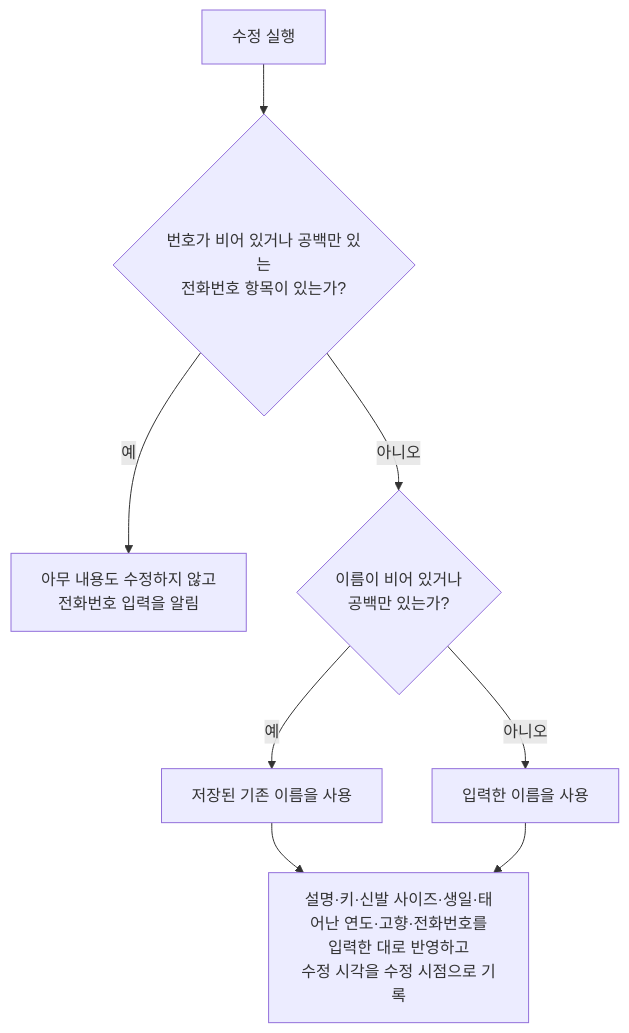
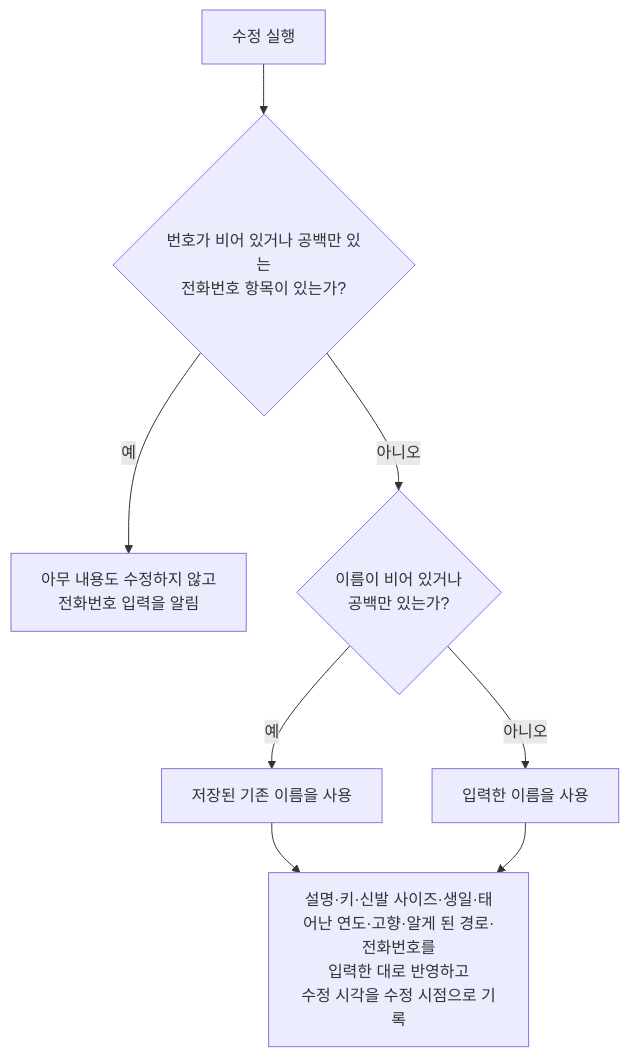
Before and after one commit to taetae98coding/DiaryKMP: the diagram in docs/spec/client/contact-detail.md, drawn with Mermaid. The commit also changed other lines of this file and 62 other files, not shown here.

````diff
--- a/docs/spec/client/contact-detail.md
+++ b/docs/spec/client/contact-detail.md
@@ -117,10 +117,10 @@
 ```mermaid
 flowchart TD
     start["수정 실행"] --> phone{"번호가 비어 있거나 공백만 있는<br/>전화번호 항목이 있는가?"}
     phone -- 예 --> reject["아무 내용도 수정하지 않고<br/>전화번호 입력을 알림"]
     phone -- 아니오 --> name{"이름이 비어 있거나<br/>공백만 있는가?"}
     name -- 예 --> keepName["저장된 기존 이름을 사용"]
     name -- 아니오 --> useName["입력한 이름을 사용"]
-    keepName --> apply["설명·키·신발 사이즈·생일·태어난 연도·고향·전화번호를<br/>입력한 대로 반영하고<br/>수정 시각을 수정 시점으로 기록"]
+    keepName --> apply["설명·키·신발 사이즈·생일·태어난 연도·고향·알게 된 경로·전화번호를<br/>입력한 대로 반영하고<br/>수정 시각을 수정 시점으로 기록"]
     useName --> apply
 ```
````
